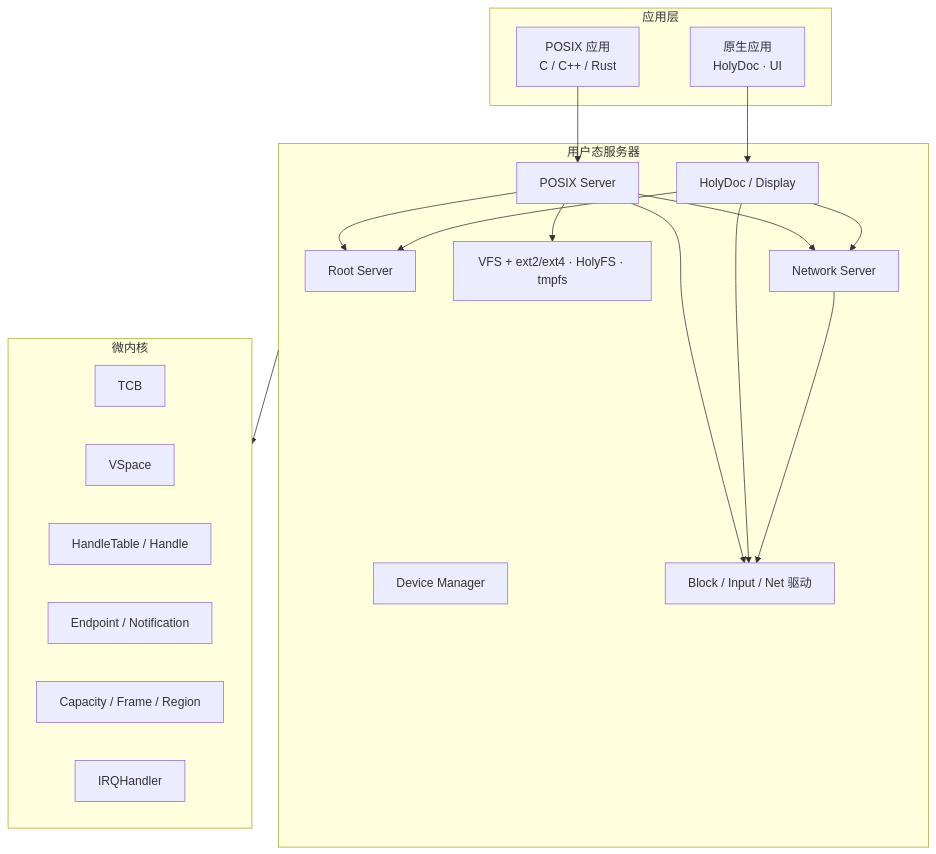
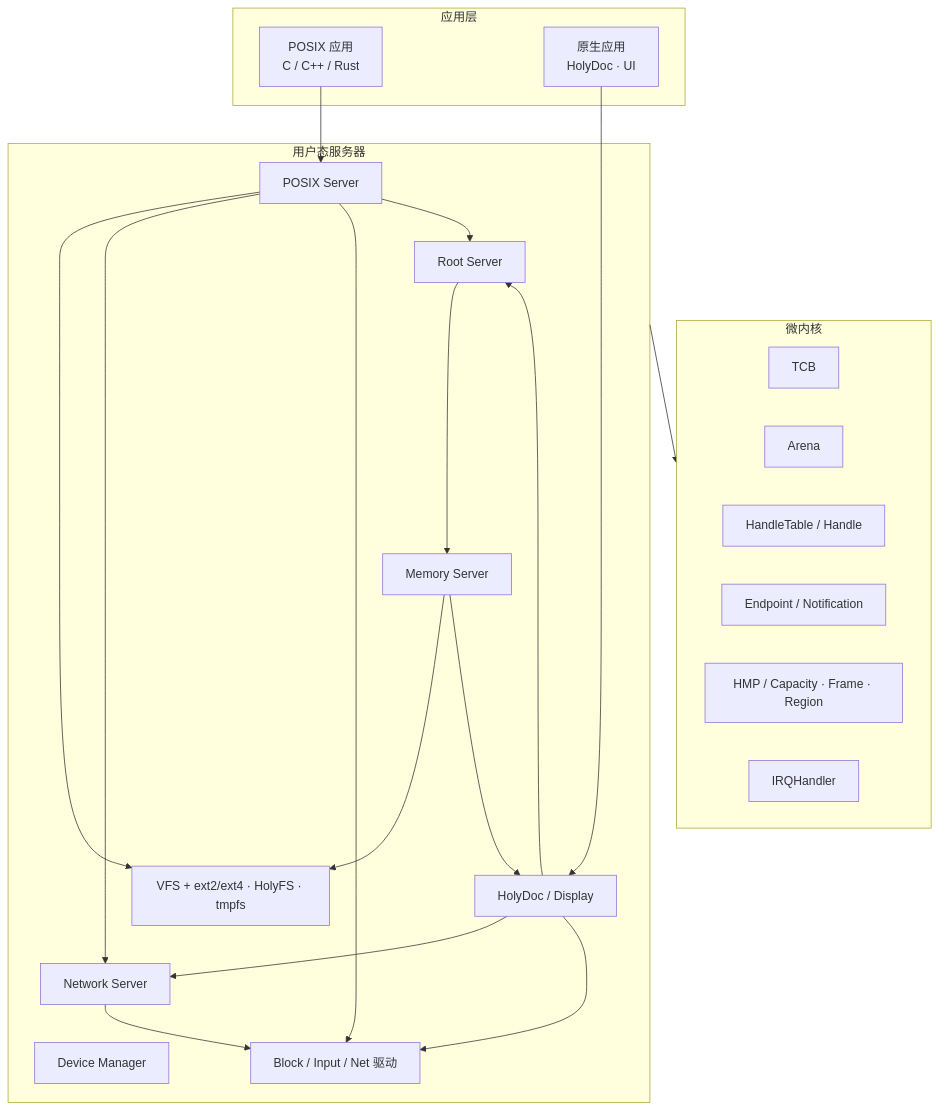
One commit to hongweifei/HolyKernel changed the first of 5 diagrams in docs/architecture.md. Above: the diagram before and after it, drawn with Mermaid. The commit also changed other lines of this file and 35 other files, not shown here.

````diff
--- a/docs/architecture.md
+++ b/docs/architecture.md
@@ -13,35 +13,39 @@
 ```mermaid
 flowchart TB
     subgraph Apps["应用层"]
         PosixApps["POSIX 应用<br/>C / C++ / Rust"]
         NativeApps["原生应用<br/>HolyDoc · UI"]
     end
     subgraph Servers["用户态服务器"]
         Root["Root Server"]
+        Mem["Memory Server"]
         Device["Device Manager"]
         Drivers["Block / Input / Net 驱动"]
         FS["VFS + ext2/ext4 · HolyFS · tmpfs"]
         POSIX["POSIX Server"]
         Net["Network Server"]
         Native["HolyDoc / Display"]
     end
     subgraph Kernel["微内核"]
         TCB["TCB"]
-        VSpace["VSpace"]
+        Arena["Arena"]
         HandleTable["HandleTable / Handle"]
         IPC["Endpoint / Notification"]
-        Memory["Capacity / Frame / Region"]
+        Memory["HMP / Capacity · Frame · Region"]
         IRQ["IRQHandler"]
     end
     PosixApps --> POSIX
     NativeApps --> Native
+    Root --> Mem
+    Mem --> FS
+    Mem --> Native
     POSIX --> FS
     POSIX --> Net
     POSIX --> Drivers
     POSIX --> Root
     Native --> Net
     Native --> Drivers
     Native --> Root
     Net --> Drivers
     Servers --> Kernel
 ```
````
